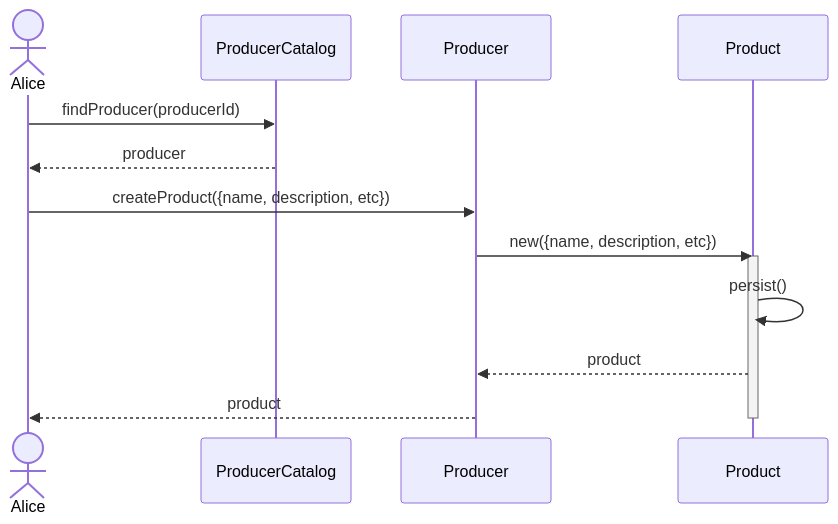
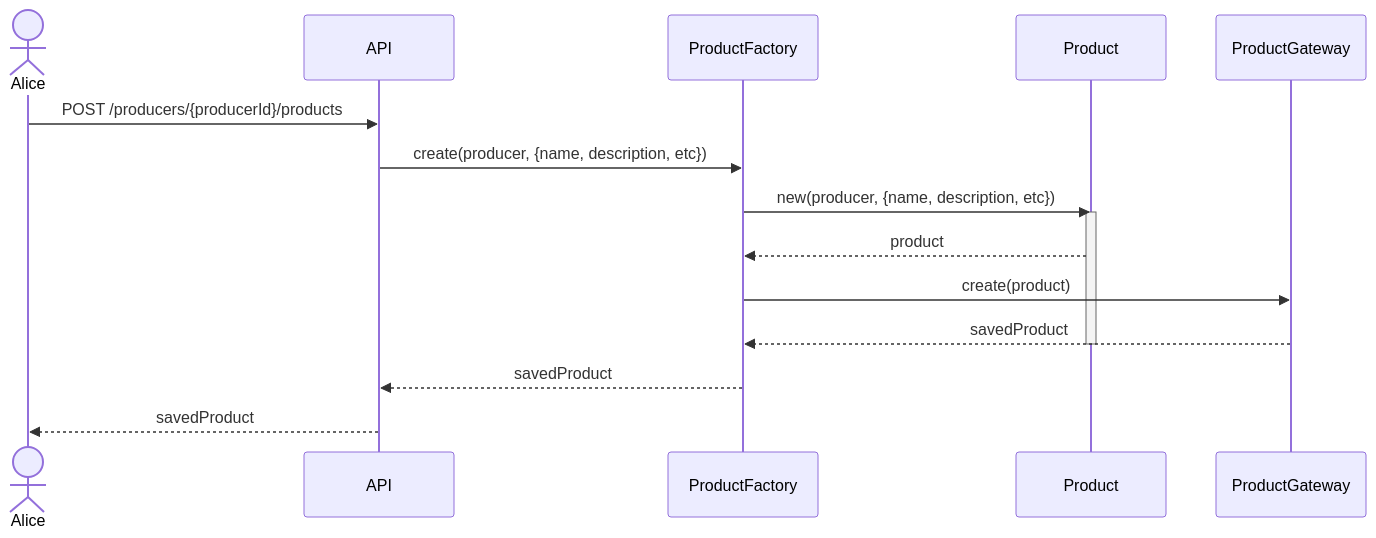
Before and after one commit to hivetown/planning: diagram 22 of 32 in sequence.md, drawn with Mermaid. The commit also changed other lines of this file, not shown here.

Commit message:
diagramas de sequência

````diff
--- a/sequence.md
+++ b/sequence.md
@@ -748,21 +753,23 @@
 ```mermaid
 sequenceDiagram
     actor A as Alice
-    participant PC as ProducerCatalog
-    participant P as Producer
-    participant Pr as Product
+    participant API as API
+    participant PF as ProductFactory
+    participant P as Product
+    participant PG as ProductGateway
 
-    A ->> PC: findProducer(producerId)
-    PC -->> A: producer
+    A ->> API: POST /producers/{producerId}/products
 
-    A ->> P: createProduct({name, description, etc})
-    P ->> Pr: new({name, description, etc})
-    activate Pr
+    API ->> PF: create(producer, {name, description, etc})
 
-    Pr ->> Pr: persist()
+    PF ->> P: new(producer, {name, description, etc})
+    activate P
+    P -->> PF: product
 
-    Pr -->> P: product
+    PF ->> PG: create(product)
+    PG -->> PF: savedProduct
+    deactivate P
 
-    P -->> A: product
-    deactivate Pr
+    PF -->> API: savedProduct
+    API -->> A: savedProduct
 ```
````
